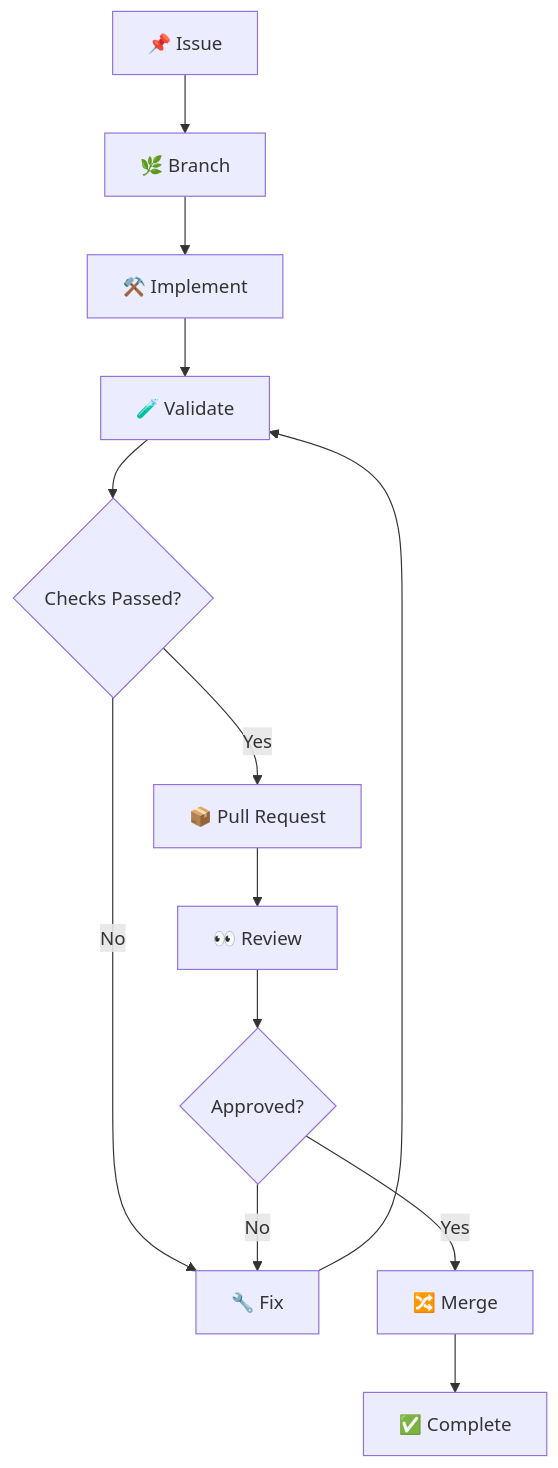
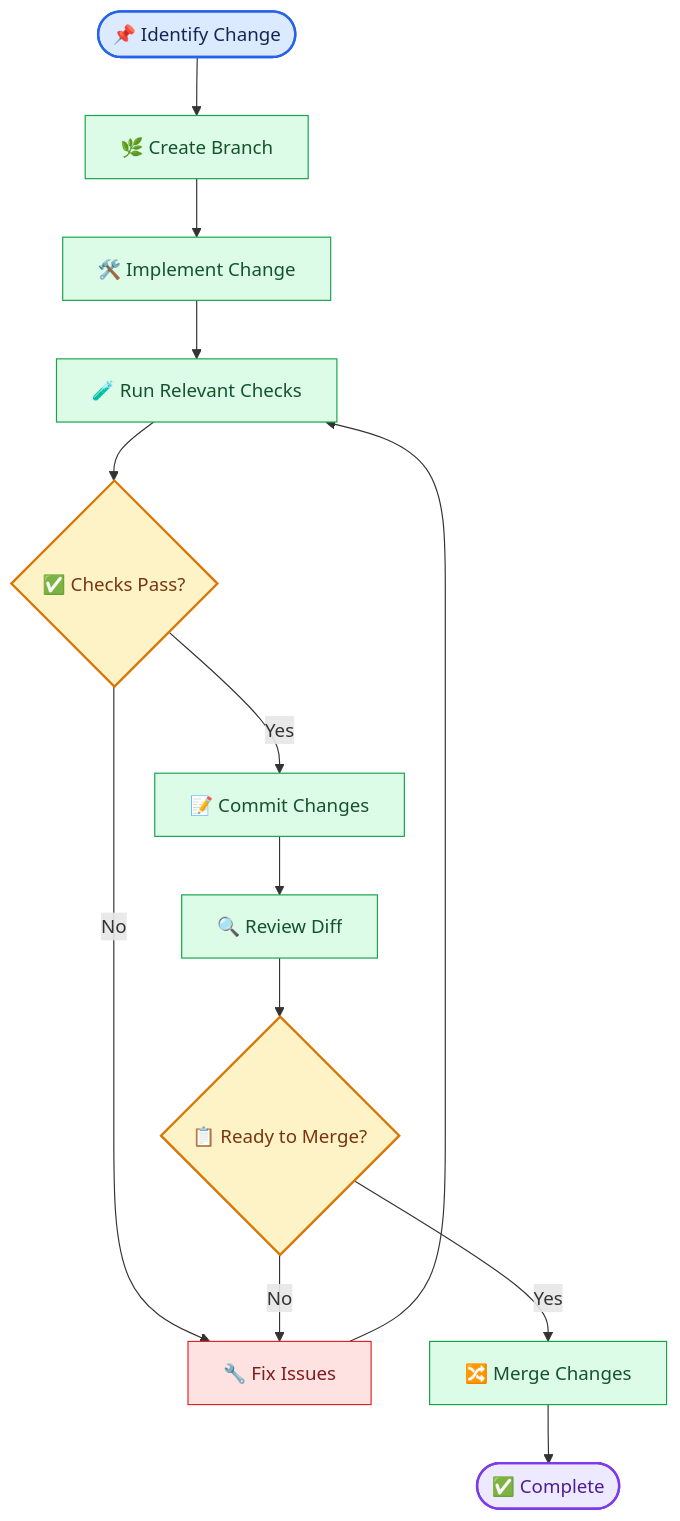
One commit to shaonkabir8/dev-vault changed the second of 2 diagrams in docs/README.bn.md. Above: the diagram before and after it, drawn with Mermaid. The commit also changed other lines of this file, not shown here.

````diff
--- a/docs/README.bn.md
+++ b/docs/README.bn.md
@@ -302,15 +283,30 @@
 ```mermaid
 flowchart TD
-    A["📌 Issue"] --> B["🌿 Branch"]
-    B --> C["⚒️ Implement"]
-    C --> D["🧪 Validate"]
-    D --> E{"Checks Passed?"}
-    E -->|No| F["🔧 Fix"]
+    A(["📌 Identify Change"]) --> B["🌿 Create Branch"]
+    B --> C["🛠️ Implement Change"]
+    C --> D["🧪 Run Relevant Checks"]
+    D --> E{"✅ Checks Pass?"}
+
+    E -- "No" --> F["🔧 Fix Issues"]
     F --> D
-    E -->|Yes| G["📦 Pull Request"]
-    G --> H["👀 Review"]
-    H --> I{"Approved?"}
-    I -->|No| F
-    I -->|Yes| J["🔀 Merge"]
-    J --> K["✅ Complete"]
+
+    E -- "Yes" --> G["📝 Commit Changes"]
+    G --> H["🔍 Review Diff"]
+    H --> I{"📋 Ready to Merge?"}
+
+    I -- "No" --> F
+    I -- "Yes" --> J["🔀 Merge Changes"]
+    J --> K(["✅ Complete"])
+
+    classDef start fill:#dbeafe,stroke:#2563eb,color:#172554,stroke-width:2px
+    classDef process fill:#dcfce7,stroke:#16a34a,color:#14532d,stroke-width:1px
+    classDef decision fill:#fef3c7,stroke:#d97706,color:#78350f,stroke-width:2px
+    classDef fix fill:#fee2e2,stroke:#dc2626,color:#7f1d1d,stroke-width:1px
+    classDef finish fill:#ede9fe,stroke:#7c3aed,color:#4c1d95,stroke-width:2px
+
+    class A start
+    class B,C,D,G,H,J process
+    class E,I decision
+    class F fix
+    class K finish
 ```
````
